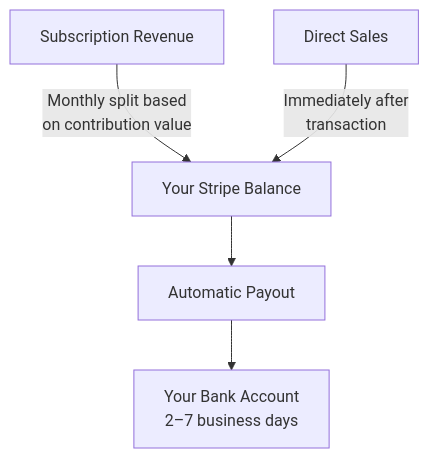
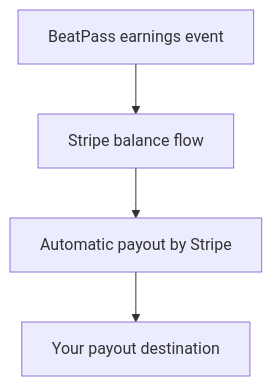
Before and after one commit to alliancewav/mintlify-docs: the diagram in help/earnings/payout-schedule.mdx, drawn with Mermaid. The commit also changed other lines of this file and 240 other files, not shown here.

````diff
--- a/help/earnings/payout-schedule.mdx
+++ b/help/earnings/payout-schedule.mdx
@@ -24,7 +22,6 @@
 ```mermaid
 flowchart TD
-    A[Subscription Revenue] -->|Monthly split based\non contribution value| C[Your Stripe Balance]
-    B[Direct Sales] -->|Immediately after\ntransaction| C
-    C --> D[Automatic Payout]
-    D --> E[Your Bank Account\n2–7 business days]
+    A[BeatPass earnings event] --> B[Stripe balance flow]
+    B --> C[Automatic payout by Stripe]
+    C --> D[Your payout destination]
 ```
````
